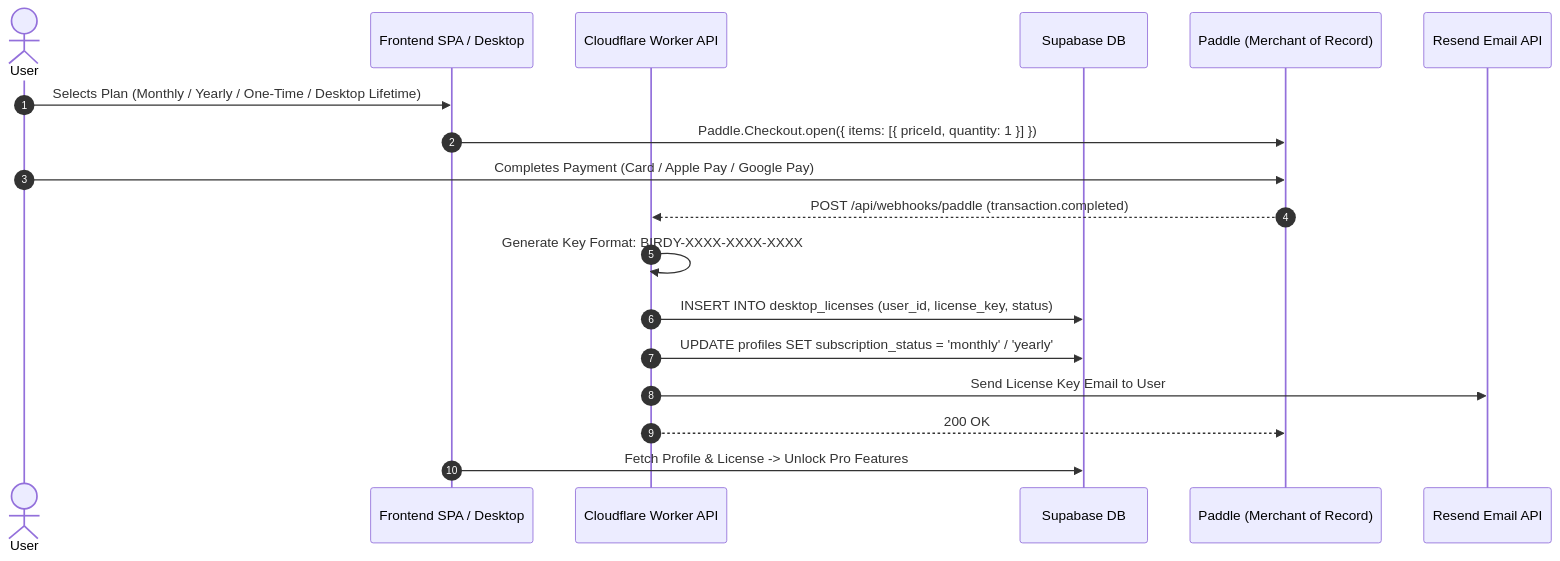
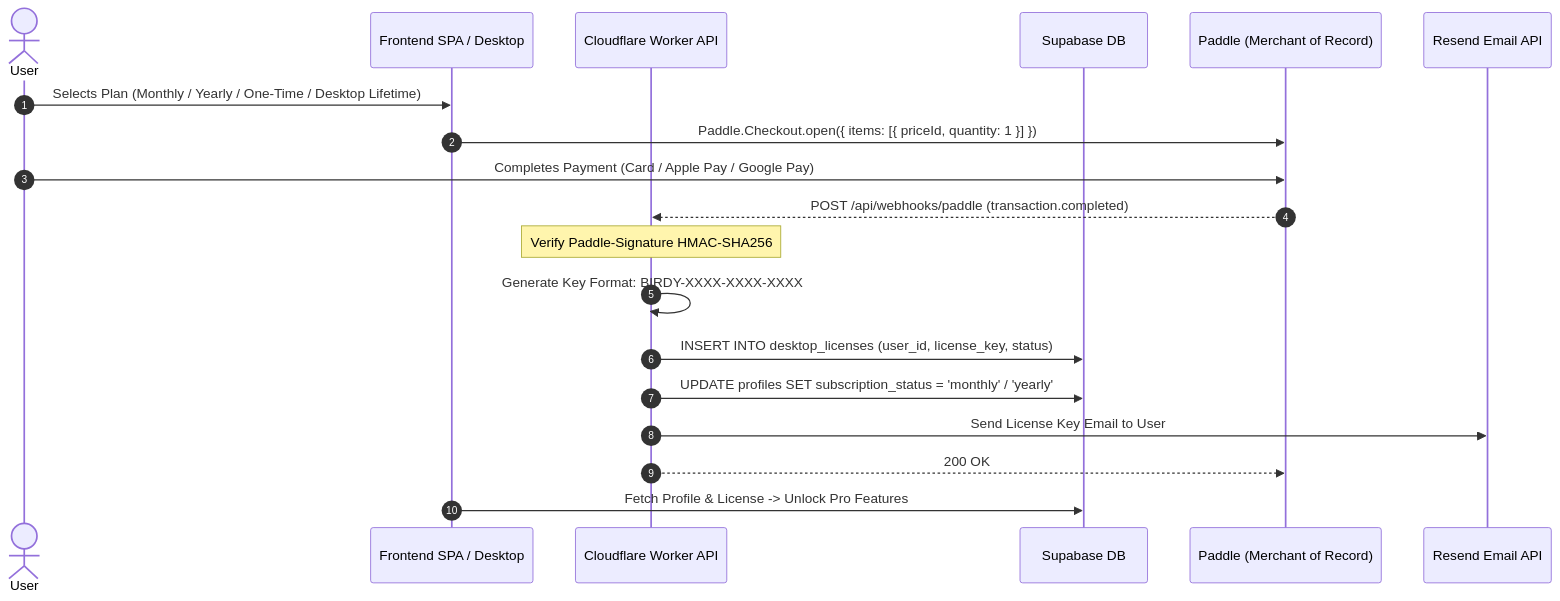
One commit to emitera/kdp-book-assembler changed the second of 2 diagrams in docs/architecture.md. Above: the diagram before and after it, drawn with Mermaid. The commit also changed other lines of this file and 3 other files, not shown here.

First line of the commit message:
docs: update system architecture, security specifications, and KDP math guidelines

````diff
--- a/docs/architecture.md
+++ b/docs/architecture.md
@@ -139,22 +150,23 @@
 ```mermaid
 sequenceDiagram
     autonumber
     actor User
     participant Client as Frontend SPA / Desktop
     participant Worker as Cloudflare Worker API
     participant DB as Supabase DB
     participant Paddle as Paddle (Merchant of Record)
     participant Resend as Resend Email API
 
     User->>Client: Selects Plan (Monthly / Yearly / One-Time / Desktop Lifetime)
     Client->>Paddle: Paddle.Checkout.open({ items: [{ priceId, quantity: 1 }] })
     User->>Paddle: Completes Payment (Card / Apple Pay / Google Pay)
     Paddle-->>Worker: POST /api/webhooks/paddle (transaction.completed)
+    Note over Worker: Verify Paddle-Signature HMAC-SHA256
     
     Worker->>Worker: Generate Key Format: BIRDY-XXXX-XXXX-XXXX
     Worker->>DB: INSERT INTO desktop_licenses (user_id, license_key, status)
     Worker->>DB: UPDATE profiles SET subscription_status = 'monthly' / 'yearly'
     Worker->>Resend: Send License Key Email to User
     Worker-->>Paddle: 200 OK
     Client->>DB: Fetch Profile & License -> Unlock Pro Features
 ```
````
